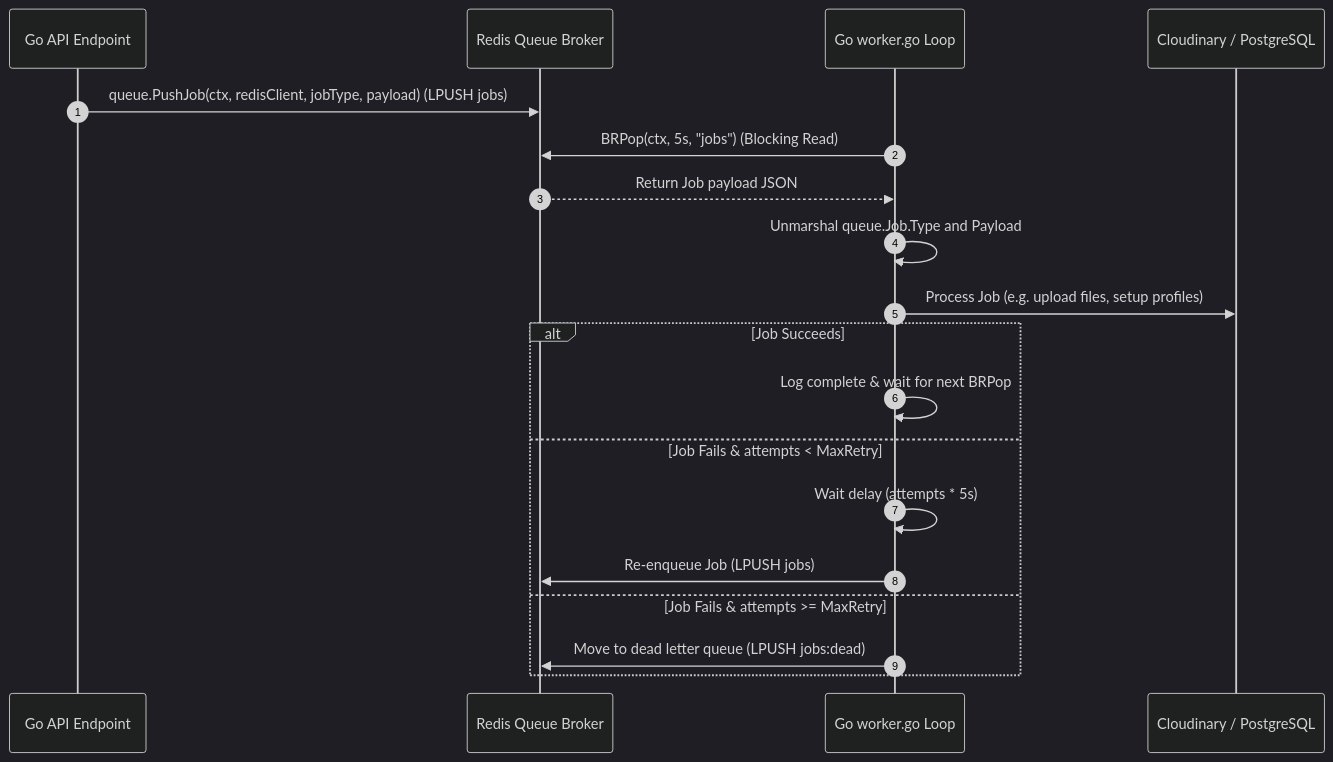
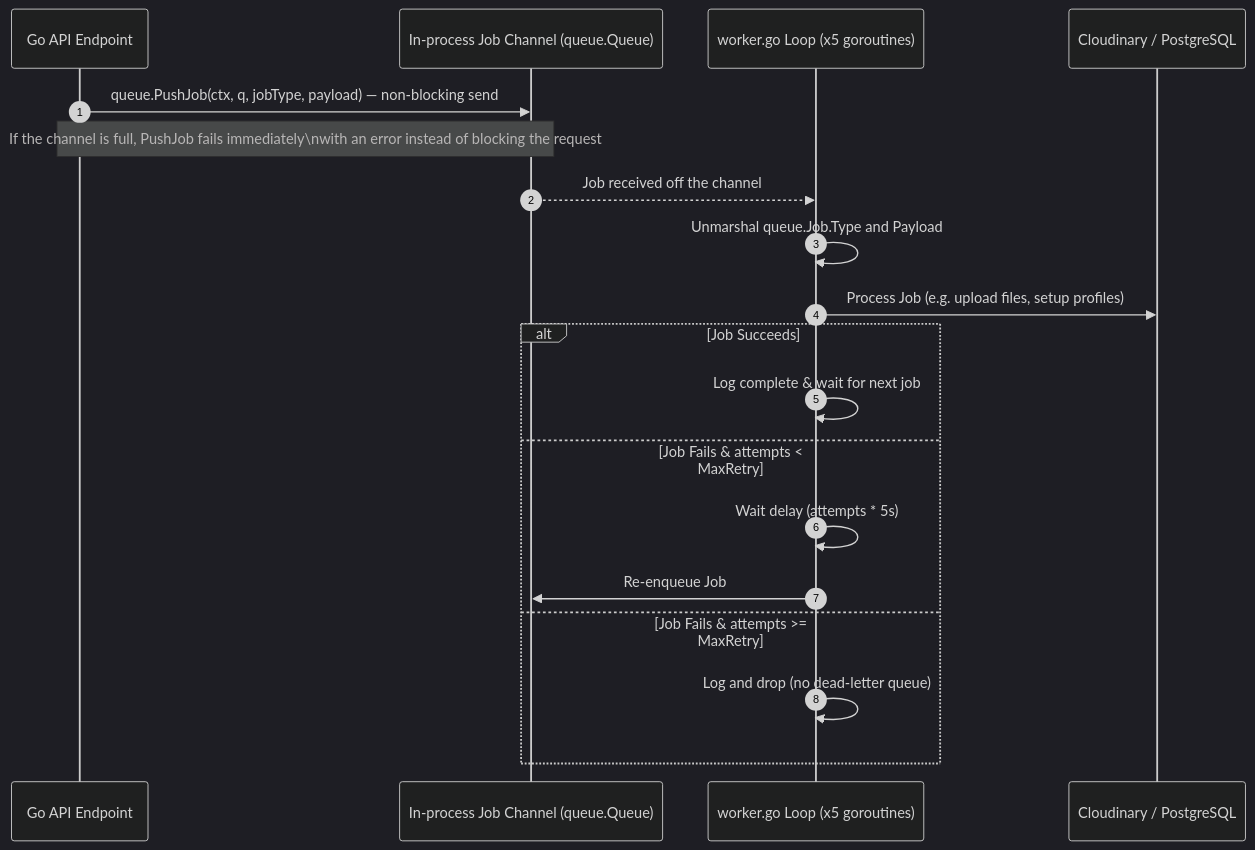
The sixth of 6 diagrams in developer_documentation.md (wirayuda299/cord), drawn with Mermaid (dark theme) before and after one commit. The commit also changed other lines of this file and 42 other files, not shown here.

````diff
--- a/developer_documentation.md
+++ b/developer_documentation.md
@@ -204,22 +205,22 @@
 ```mermaid
 sequenceDiagram
     autonumber
     participant Server as Go API Endpoint
-    participant Redis as Redis Queue Broker
-    participant Worker as Go worker.go Loop
+    participant Chan as In-process Job Channel (queue.Queue)
+    participant Worker as worker.go Loop (x5 goroutines)
     participant Provider as Cloudinary / PostgreSQL
 
-    Server->>Redis: queue.PushJob(ctx, redisClient, jobType, payload) (LPUSH jobs)
-    Worker->>Redis: BRPop(ctx, 5s, "jobs") (Blocking Read)
-    Redis-->>Worker: Return Job payload JSON
+    Server->>Chan: queue.PushJob(ctx, q, jobType, payload) — non-blocking send
+    Note over Server,Chan: If the channel is full, PushJob fails immediately\nwith an error instead of blocking the request
+    Chan-->>Worker: Job received off the channel
     Worker->>Worker: Unmarshal queue.Job.Type and Payload
     Worker->>Provider: Process Job (e.g. upload files, setup profiles)
     alt Job Succeeds
-        Worker->>Worker: Log complete & wait for next BRPop
+        Worker->>Worker: Log complete & wait for next job
     else Job Fails & attempts < MaxRetry
         Worker->>Worker: Wait delay (attempts * 5s)
-        Worker->>Redis: Re-enqueue Job (LPUSH jobs)
+        Worker->>Chan: Re-enqueue Job
     else Job Fails & attempts >= MaxRetry
-        Worker->>Redis: Move to dead letter queue (LPUSH jobs:dead)
+        Worker->>Worker: Log and drop (no dead-letter queue)
     end
 ```
````
